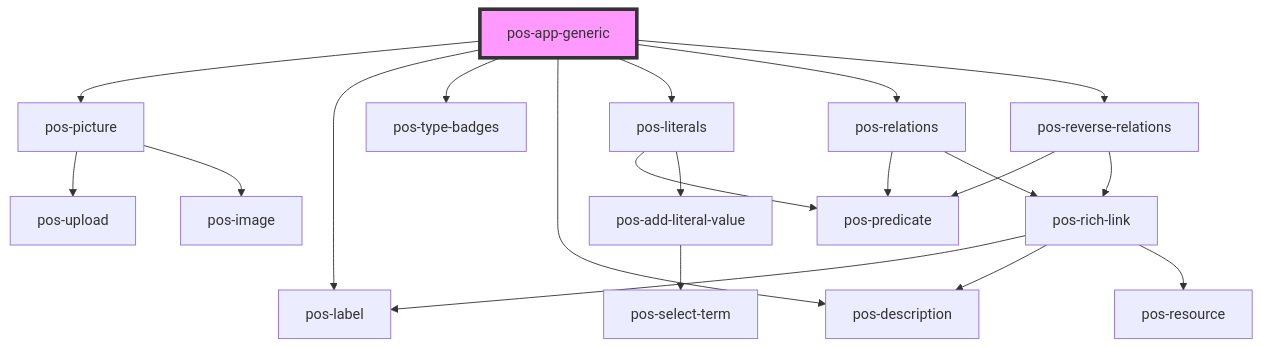
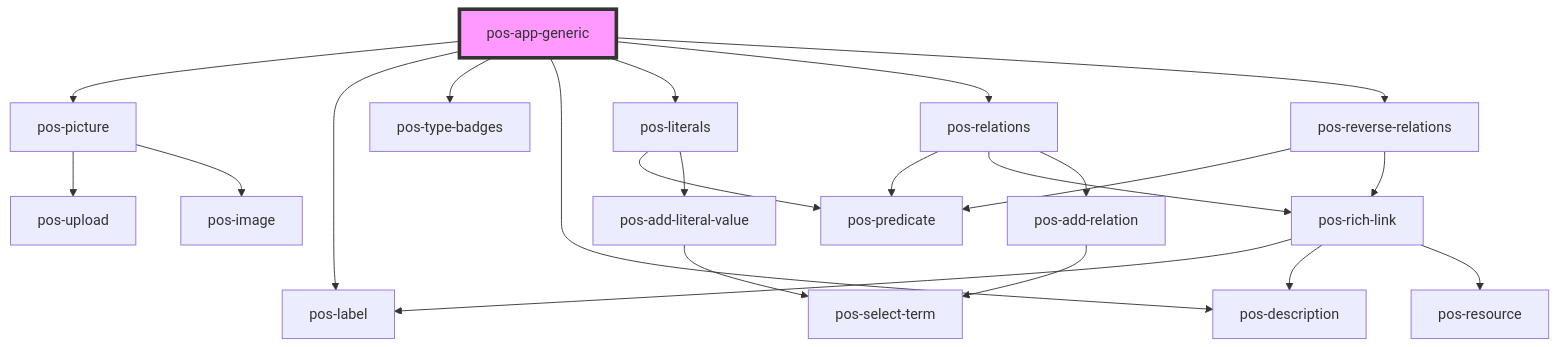
The diagram in docs/elements/apps/pos-app-generic/readme.md (pod-os/PodOS), drawn with Mermaid before and after one commit. The commit also changed 6 other files, not shown here.

Commit message:
feat(pos-relations): allow adding a new relation via pos-add-relation

````diff
--- a/docs/elements/apps/pos-app-generic/readme.md
+++ b/docs/elements/apps/pos-app-generic/readme.md
@@ -21,23 +21,25 @@
 ```mermaid
 graph TD;
   pos-app-generic --> pos-picture
   pos-app-generic --> pos-label
   pos-app-generic --> pos-type-badges
   pos-app-generic --> pos-description
   pos-app-generic --> pos-literals
   pos-app-generic --> pos-relations
   pos-app-generic --> pos-reverse-relations
   pos-picture --> pos-upload
   pos-picture --> pos-image
   pos-literals --> pos-predicate
   pos-literals --> pos-add-literal-value
   pos-add-literal-value --> pos-select-term
   pos-relations --> pos-predicate
   pos-relations --> pos-rich-link
+  pos-relations --> pos-add-relation
   pos-rich-link --> pos-label
   pos-rich-link --> pos-description
   pos-rich-link --> pos-resource
+  pos-add-relation --> pos-select-term
   pos-reverse-relations --> pos-predicate
   pos-reverse-relations --> pos-rich-link
   style pos-app-generic fill:#f9f,stroke:#333,stroke-width:4px
 ```
````
